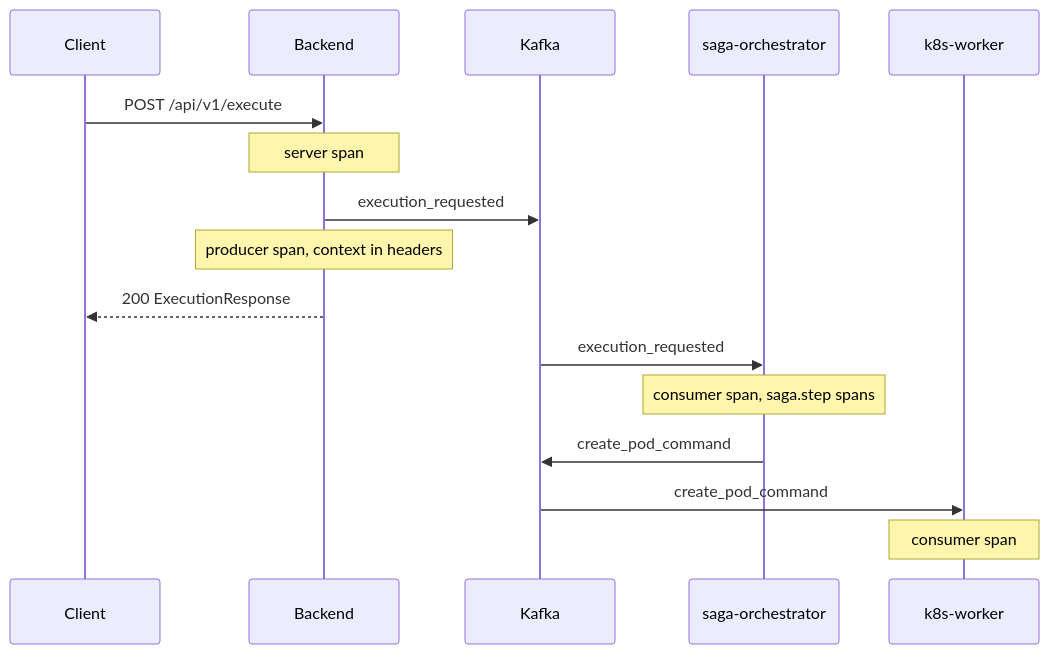
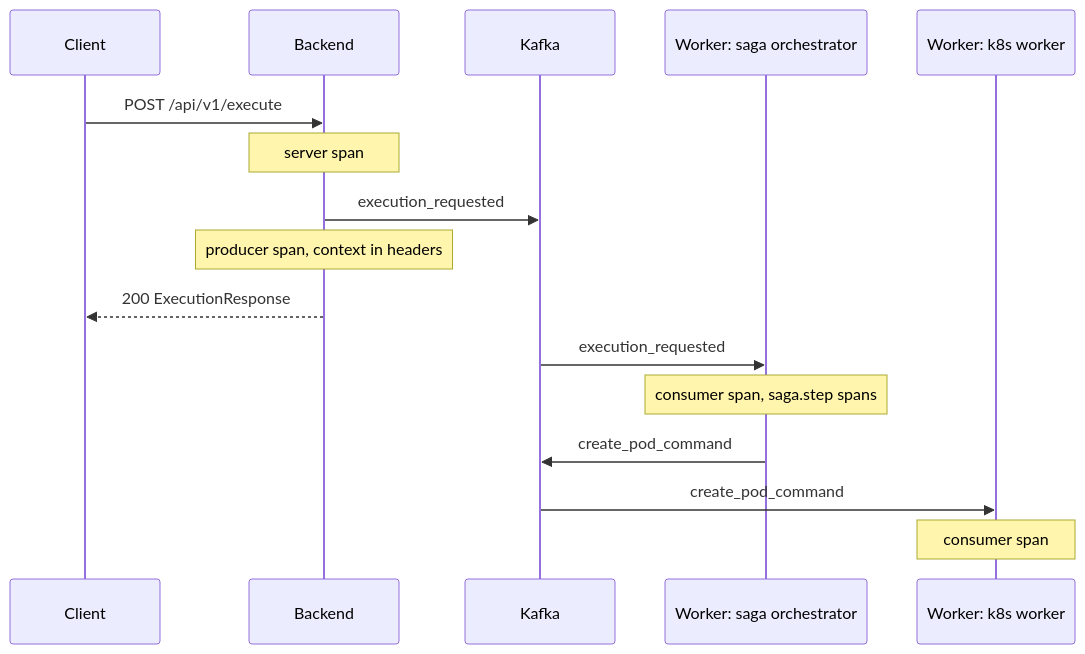
One commit to HardMax71/Integr8sCode changed the diagram in docs/operations/tracing.md. Above: the diagram before and after it, drawn with Mermaid. The commit also changed other lines of this file and 51 other files, not shown here.

````diff
--- a/docs/operations/tracing.md
+++ b/docs/operations/tracing.md
@@ -41,19 +41,19 @@
 ```mermaid
 sequenceDiagram
     participant Client
     participant API as Backend
     participant Kafka
-    participant Saga as saga-orchestrator
-    participant K8s as k8s-worker
+    participant Saga as Worker: saga orchestrator
+    participant K8s as Worker: k8s worker
 
     Client->>API: POST /api/v1/execute
     Note over API: server span
     API->>Kafka: execution_requested
     Note over API: producer span, context in headers
     API-->>Client: 200 ExecutionResponse
     Kafka->>Saga: execution_requested
     Note over Saga: consumer span, saga.step spans
     Saga->>Kafka: create_pod_command
     Kafka->>K8s: create_pod_command
     Note over K8s: consumer span
 ```
````
